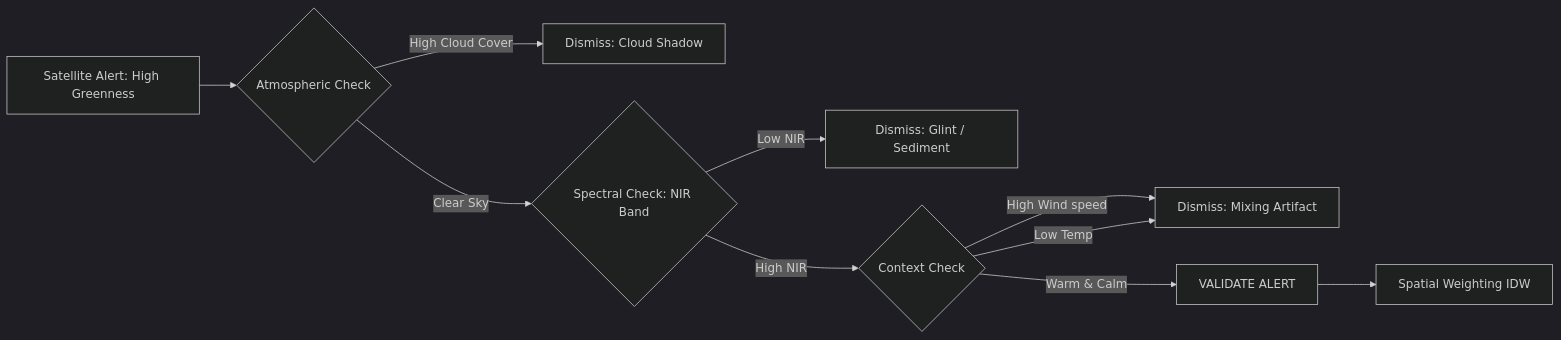
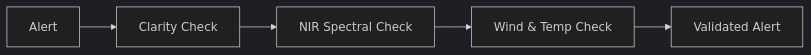
One commit to Sujal-py3/Leetcode changed the second of 3 diagrams in readme.md. Above: the diagram before and after it, drawn with Mermaid (dark theme). The commit also changed other lines of this file, not shown here.

````diff
--- a/readme.md
+++ b/readme.md
@@ -26,12 +20,7 @@
 ```mermaid
 graph LR
-    A[Satellite Alert: High Greenness] --> B{Atmospheric Check}
-    B -->|High Cloud Cover| C[Dismiss: Cloud Shadow]
-    B -->|Clear Sky| D{Spectral Check: NIR Band}
-    D -->|Low NIR| E[Dismiss: Glint / Sediment]
-    D -->|High NIR| F{Context Check}
-    F -->|High Wind speed| G[Dismiss: Mixing Artifact]
-    F -->|Low Temp| G
-    F -->|Warm & Calm| H[VALIDATE ALERT]
-    H --> I[Spatial Weighting IDW]
+    A[Alert] --> B[Clarity Check]
+    B --> C[NIR Spectral Check]
+    C --> D[Wind & Temp Check]
+    D --> E[Validated Alert]
 ```
````
